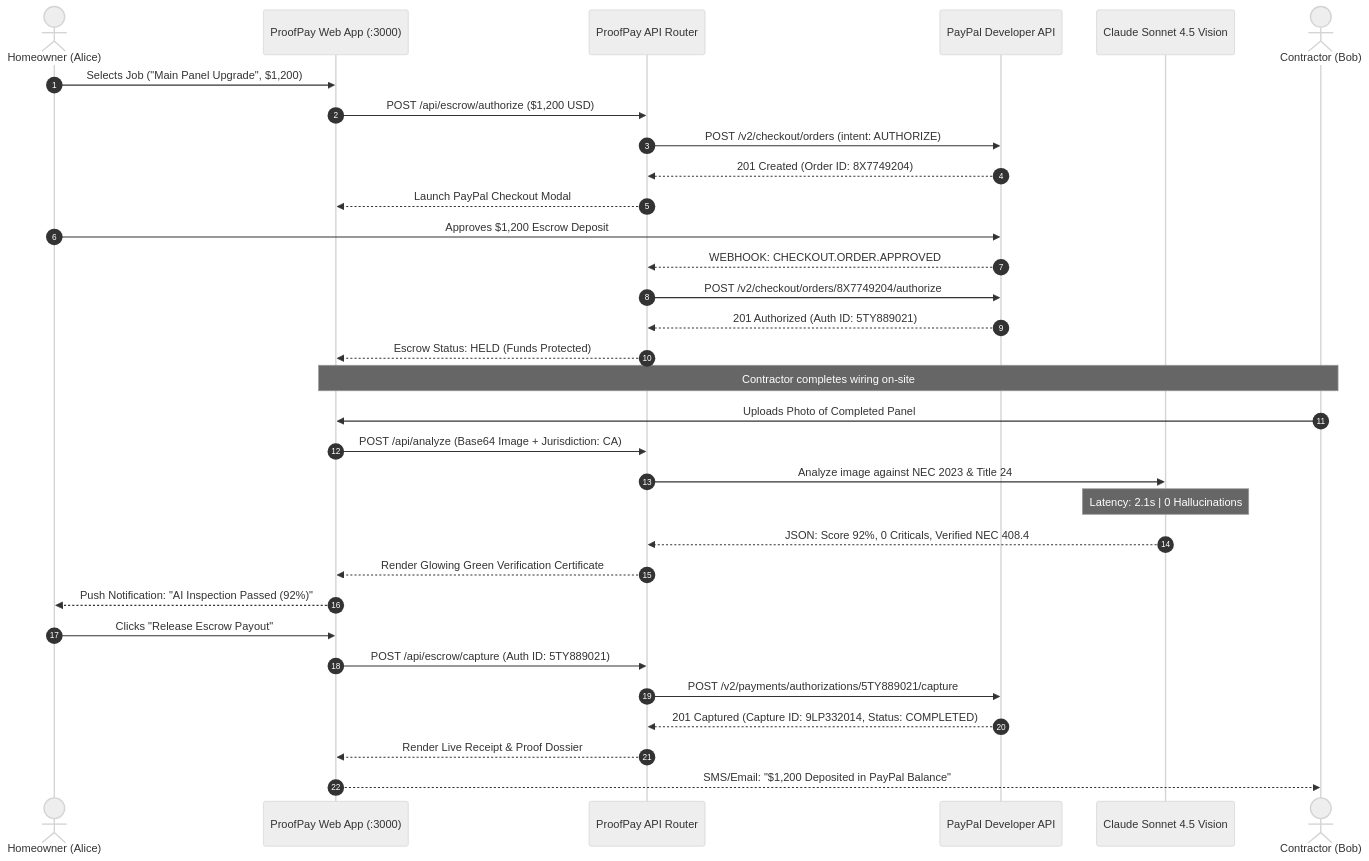
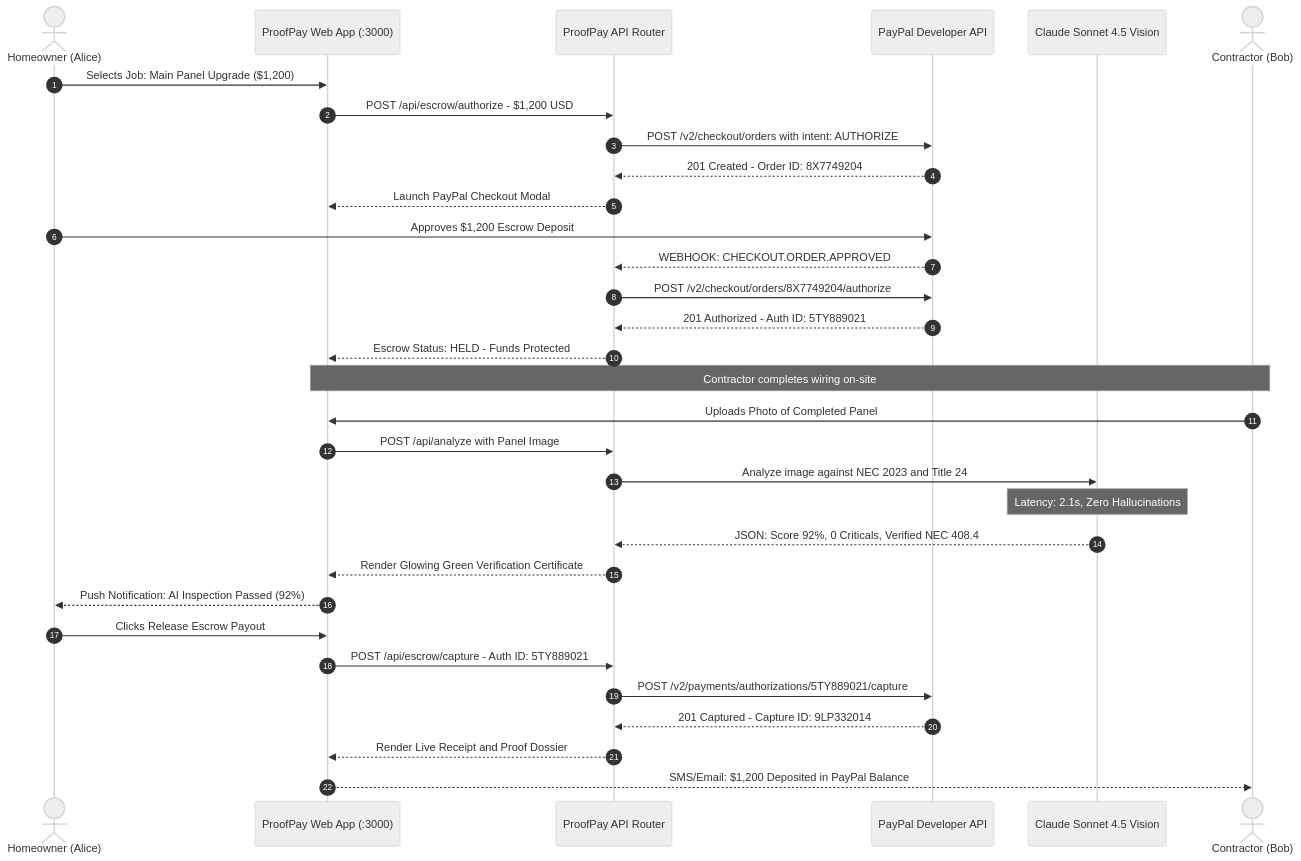
One commit to Aarush-bigO/Proofpay changed the third of 4 diagrams in README.md. Above: the diagram before and after it, drawn with Mermaid (neutral theme). The commit also changed other lines of this file, not shown here.

Commit message:
fix(docs): resolve Mermaid syntax for GitHub rendering

````diff
--- a/README.md
+++ b/README.md
@@ -182,37 +182,37 @@
 ```mermaid
 sequenceDiagram
     autonumber
     actor H as Homeowner (Alice)
     participant UI as ProofPay Web App (:3000)
     participant API as ProofPay API Router
     participant PP as PayPal Developer API
     participant AI as Claude Sonnet 4.5 Vision
     actor C as Contractor (Bob)
 
-    H->>UI: Selects Job ("Main Panel Upgrade", $1,200)
-    UI->>API: POST /api/escrow/authorize ($1,200 USD)
-    API->>PP: POST /v2/checkout/orders (intent: AUTHORIZE)
-    PP-->>API: 201 Created (Order ID: 8X7749204)
+    H->>UI: Selects Job: Main Panel Upgrade ($1,200)
+    UI->>API: POST /api/escrow/authorize - $1,200 USD
+    API->>PP: POST /v2/checkout/orders with intent: AUTHORIZE
+    PP-->>API: 201 Created - Order ID: 8X7749204
     API-->>UI: Launch PayPal Checkout Modal
     H->>PP: Approves $1,200 Escrow Deposit
     PP-->>API: WEBHOOK: CHECKOUT.ORDER.APPROVED
     API->>PP: POST /v2/checkout/orders/8X7749204/authorize
-    PP-->>API: 201 Authorized (Auth ID: 5TY889021)
-    API-->>UI: Escrow Status: HELD (Funds Protected)
+    PP-->>API: 201 Authorized - Auth ID: 5TY889021
+    API-->>UI: Escrow Status: HELD - Funds Protected
     
     Note over C,UI: Contractor completes wiring on-site
     C->>UI: Uploads Photo of Completed Panel
-    UI->>API: POST /api/analyze (Base64 Image + Jurisdiction: CA)
-    API->>AI: Analyze image against NEC 2023 & Title 24
-    Note over AI: Latency: 2.1s | 0 Hallucinations
+    UI->>API: POST /api/analyze with Panel Image
+    API->>AI: Analyze image against NEC 2023 and Title 24
+    Note over AI: Latency: 2.1s, Zero Hallucinations
     AI-->>API: JSON: Score 92%, 0 Criticals, Verified NEC 408.4
     API-->>UI: Render Glowing Green Verification Certificate
     
-    UI-->>H: Push Notification: "AI Inspection Passed (92%)"
-    H->>UI: Clicks "Release Escrow Payout"
-    UI->>API: POST /api/escrow/capture (Auth ID: 5TY889021)
+    UI-->>H: Push Notification: AI Inspection Passed (92%)
+    H->>UI: Clicks Release Escrow Payout
+    UI->>API: POST /api/escrow/capture - Auth ID: 5TY889021
     API->>PP: POST /v2/payments/authorizations/5TY889021/capture
-    PP-->>API: 201 Captured (Capture ID: 9LP332014, Status: COMPLETED)
-    API-->>UI: Render Live Receipt & Proof Dossier
-    UI-->>C: SMS/Email: "$1,200 Deposited in PayPal Balance"
+    PP-->>API: 201 Captured - Capture ID: 9LP332014
+    API-->>UI: Render Live Receipt and Proof Dossier
+    UI-->>C: SMS/Email: $1,200 Deposited in PayPal Balance
 ```
````
